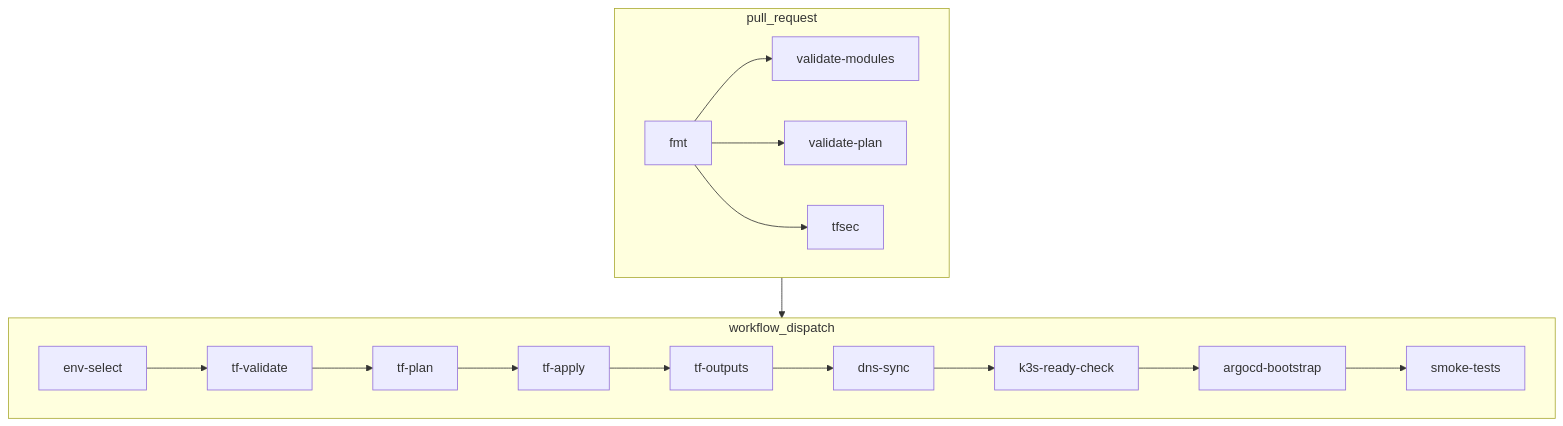
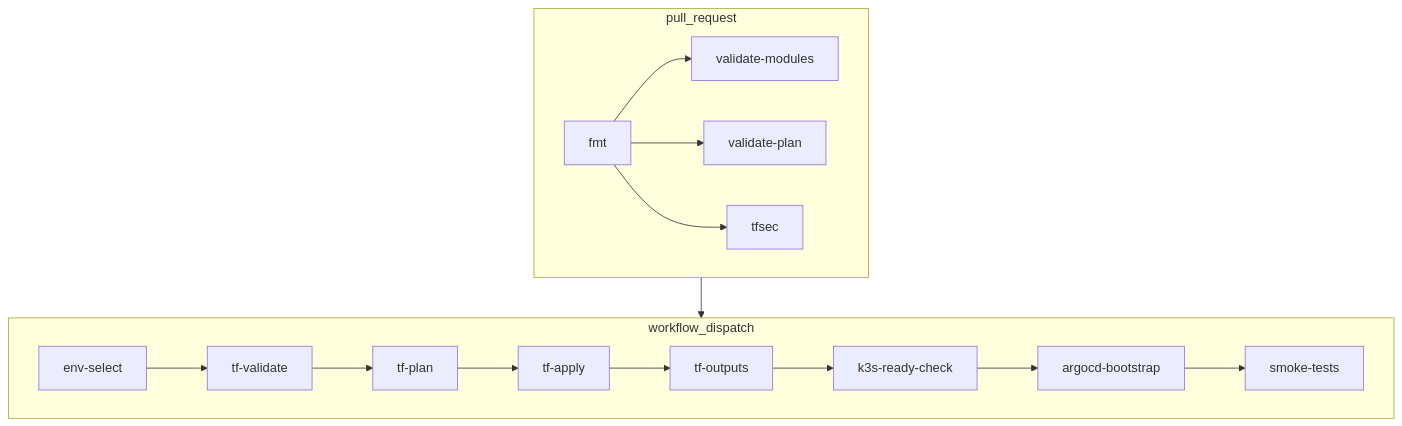
The diagram in docs/runbooks/ci-cd/ci-infra.md (ClementV78/CloudRadar), drawn with Mermaid before and after one commit. The commit also changed other lines of this file and 14 other files, not shown here.

````diff
--- a/docs/runbooks/ci-cd/ci-infra.md
+++ b/docs/runbooks/ci-cd/ci-infra.md
@@ -61,29 +60,28 @@
 ```mermaid
 flowchart TB
   subgraph PR["pull_request"]
     fmt[fmt]
     validate-modules[validate-modules]
     validate-plan[validate-plan]
     tfsec[tfsec]
     fmt --> validate-modules
     fmt --> validate-plan
     fmt --> tfsec
   end
 
   subgraph Dispatch["workflow_dispatch"]
     env-select[env-select]
     tf-validate[tf-validate]
     tf-plan[tf-plan]
     tf-apply[tf-apply]
     tf-outputs[tf-outputs]
-    dns-sync[dns-sync]
     k3s-ready-check[k3s-ready-check]
     argocd-bootstrap[argocd-bootstrap]
     smoke-tests[smoke-tests]
 
-    env-select --> tf-validate --> tf-plan --> tf-apply --> tf-outputs --> dns-sync
-    dns-sync --> k3s-ready-check --> argocd-bootstrap --> smoke-tests
+    env-select --> tf-validate --> tf-plan --> tf-apply --> tf-outputs
+    tf-outputs --> k3s-ready-check --> argocd-bootstrap --> smoke-tests
   end
 
   PR --> Dispatch
 ```
````
